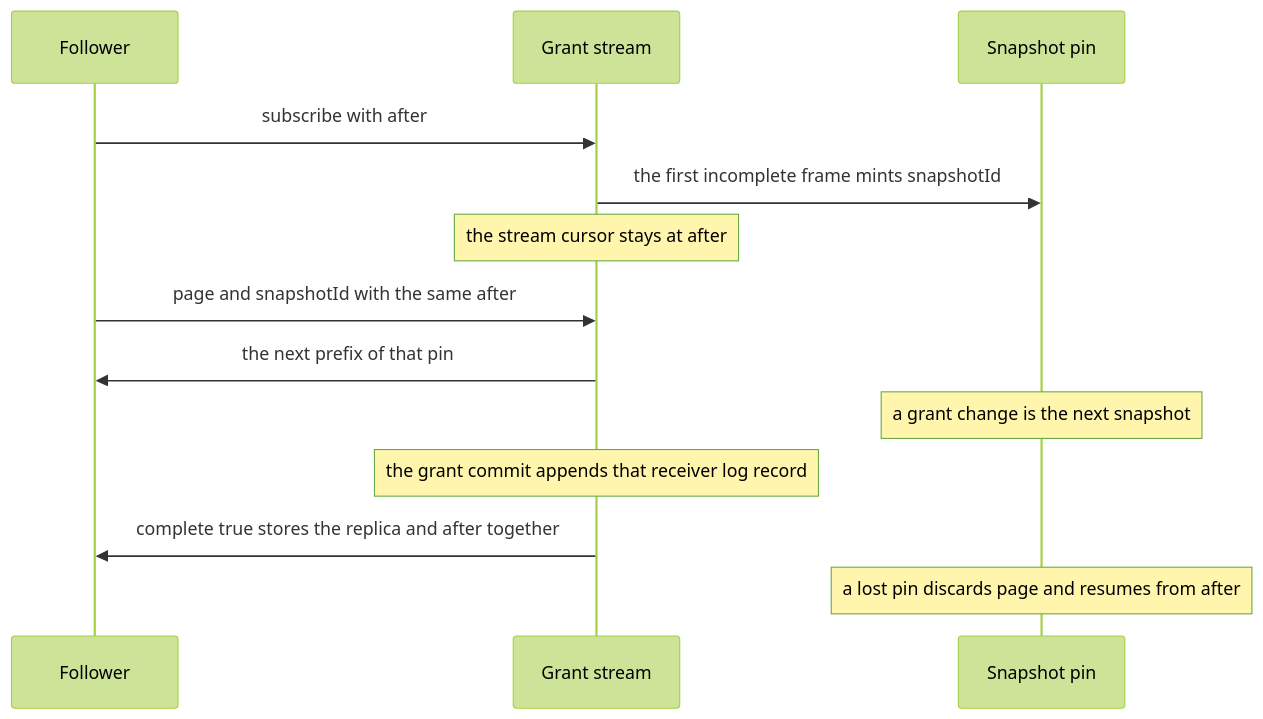
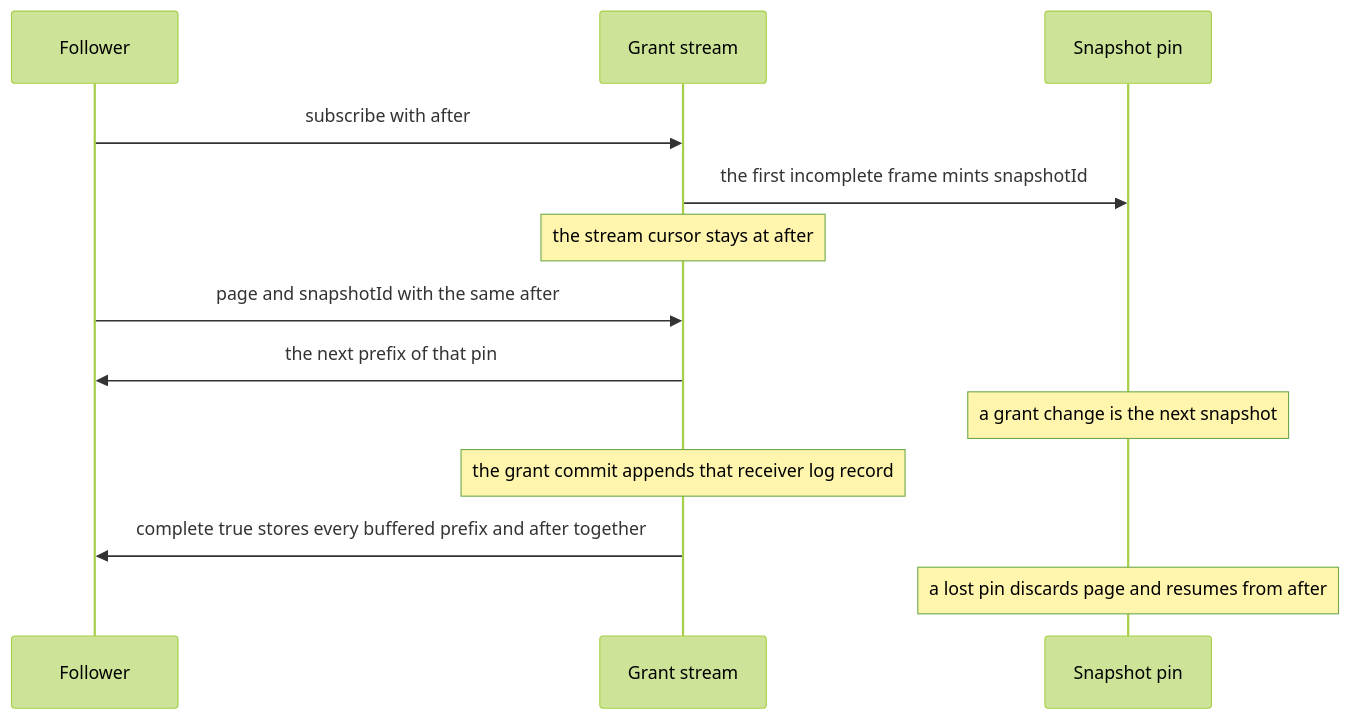
The sixth of 7 diagrams in docs/design/access-grants.md (nessalabs/nessa-agent), drawn with Mermaid (forest theme) before and after one commit. The commit also changed other lines of this file, not shown here.

````diff
--- a/docs/design/access-grants.md
+++ b/docs/design/access-grants.md
@@ -1129,15 +1133,15 @@
 ```mermaid
 sequenceDiagram
   participant Follower
   participant Stream as Grant stream
   participant Pin as Snapshot pin
   Follower->>Stream: subscribe with after
   Stream->>Pin: the first incomplete frame mints snapshotId
   Note over Stream: the stream cursor stays at after
   Follower->>Stream: page and snapshotId with the same after
   Stream->>Follower: the next prefix of that pin
   Note over Pin: a grant change is the next snapshot
   Note over Stream: the grant commit appends that receiver log record
-  Stream->>Follower: complete true stores the replica and after together
+  Stream->>Follower: complete true stores every buffered prefix and after together
   Note over Pin: a lost pin discards page and resumes from after
 ```
````
